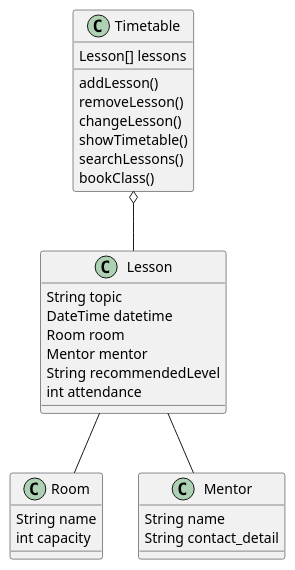
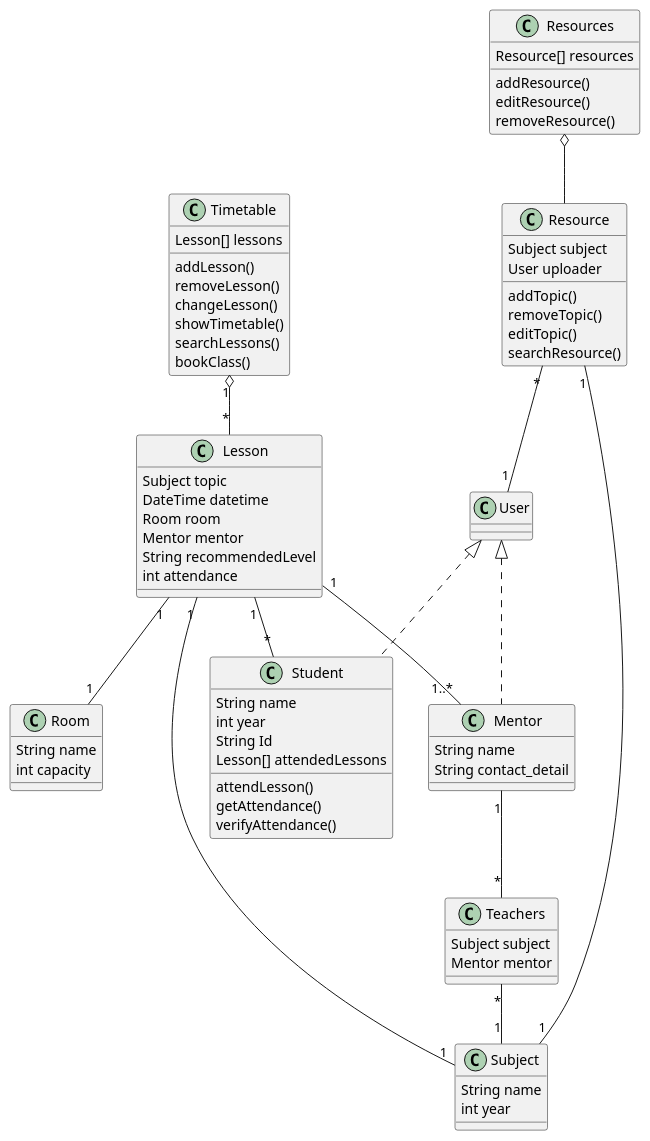
Before and after one commit to Gyrogaming01/asdp-project-1: the diagram in Class Diagrams/class_diagram.pu, drawn with PlantUML. The commit also changed 1 other file, not shown here.

Commit message:
updated class diagram

```diff
--- a/Class Diagrams/class_diagram.pu
+++ b/Class Diagrams/class_diagram.pu
@@ -1,36 +1,82 @@
 @startuml
 
-Timetable o-- Lesson
-Lesson -- Room
-Lesson -- Mentor
+Timetable "1" o-- "*" Lesson
+Lesson "1" -- "1" Room
+Lesson "1" -- "1..*" Mentor
+
+Mentor "1" -- "*" Teachers
+Teachers "*" -- "1" Subject
+Resource "*" -- "1" User
+User <|.. Student
+User <|.. Mentor
+Resource "1" -- "1" Subject
+Resources o-- Resource
+Lesson "1" -- "1" Subject
+Lesson "1" -- "*" Student
 
 class Timetable {
   Lesson[] lessons
   addLesson()
   removeLesson()
   changeLesson()
   showTimetable()
   searchLessons()
   bookClass()
 }
 
 class Lesson {
-  String topic
+  Subject topic
   DateTime datetime
   Room room
   Mentor mentor
   String recommendedLevel
   int attendance
 }
 
 class Room {
   String name
   int capacity
 }
 
 class Mentor {
   String name
   String contact_detail
 }
 
+class Resources {
+  Resource[] resources
+  addResource()
+  editResource()
+  removeResource()
+}
+
+class Resource {
+  Subject subject
+  User uploader
+  addTopic()
+  removeTopic()
+  editTopic()
+  searchResource()
+}
+
+class Student {
+  String name
+  int year
+  String Id
+  Lesson[] attendedLessons
+  attendLesson()
+  getAttendance()
+  verifyAttendance()
+}
+
+class Subject {
+  String name
+  int year
+}
+
+class Teachers {
+  Subject subject
+  Mentor mentor
+}
+
 @enduml
```
